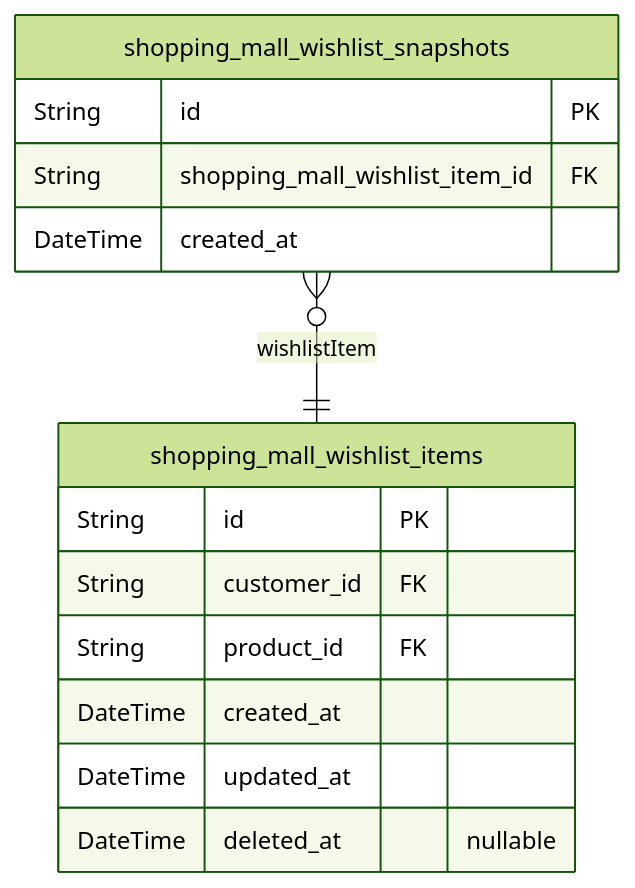
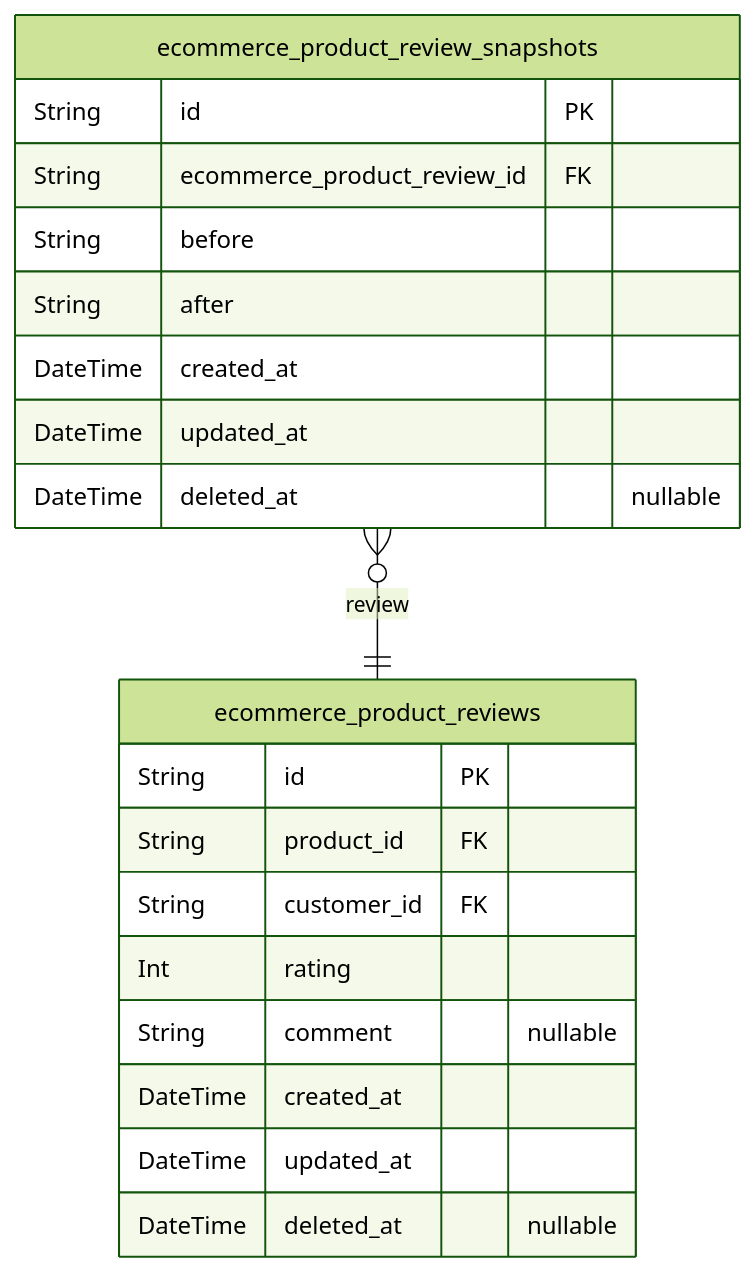
Before and after one commit to wrtnlabs/autobe-examples: the ninth of 9 diagrams in qwen/qwen3-30b-a3b-thinking-2507/shopping/docs/ERD.md, drawn with Mermaid (forest theme). The commit also changed other lines of this file and 11104 other files, not shown here.

````diff
--- a/qwen/qwen3-30b-a3b-thinking-2507/shopping/docs/ERD.md
+++ b/qwen/qwen3-30b-a3b-thinking-2507/shopping/docs/ERD.md
@@ -1840,17 +1256,23 @@
 ```mermaid
 erDiagram
-"shopping_mall_wishlist_items" {
+"ecommerce_product_reviews" {
   String id PK
+  String product_id FK
   String customer_id FK
-  String product_id FK
+  Int rating
+  String comment "nullable"
   DateTime created_at
   DateTime updated_at
   DateTime deleted_at "nullable"
 }
-"shopping_mall_wishlist_snapshots" {
+"ecommerce_product_review_snapshots" {
   String id PK
-  String shopping_mall_wishlist_item_id FK
+  String ecommerce_product_review_id FK
+  String before
+  String after
   DateTime created_at
+  DateTime updated_at
+  DateTime deleted_at "nullable"
 }
-"shopping_mall_wishlist_snapshots" }o--|| "shopping_mall_wishlist_items" : wishlistItem
+"ecommerce_product_review_snapshots" }o--|| "ecommerce_product_reviews" : review
 ```
````
